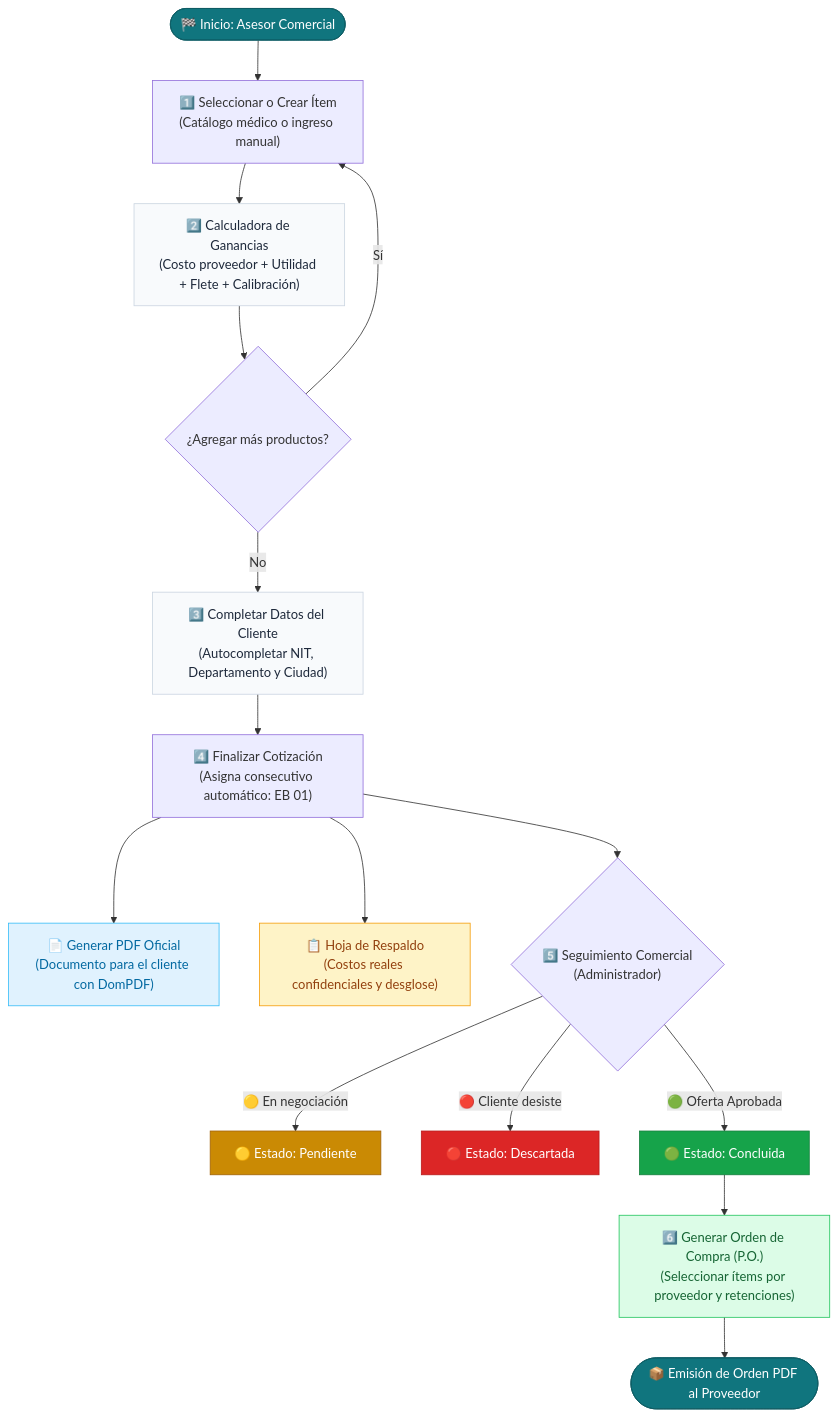
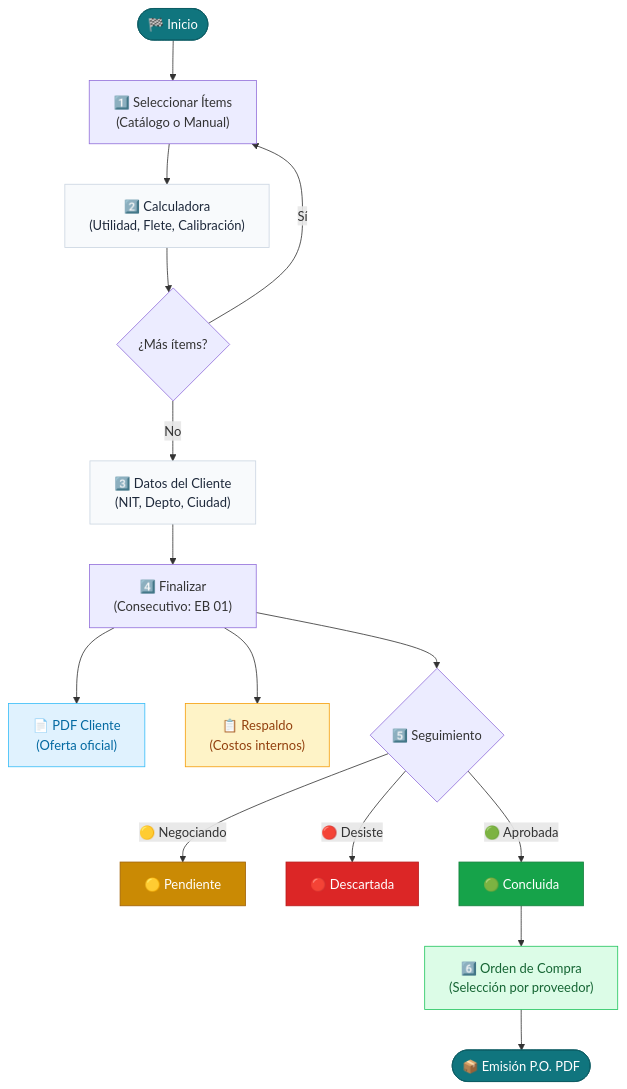
One commit to Santiago072/SistemaImpobiomedical changed the second of 2 diagrams in docs/documentacion-tecnica.md. Above: the diagram before and after it, drawn with Mermaid. The commit also changed other lines of this file and 1 other file, not shown here.

Commit message:
docs: simplificar diagrama de arquitectura a formato arbol y compactar texto en flujo comercial para visualizacion limpia

````diff
--- a/docs/documentacion-tecnica.md
+++ b/docs/documentacion-tecnica.md
@@ -344,30 +354,31 @@
 ```mermaid
 flowchart TD
-    Inicio(["🏁 Inicio: Asesor Comercial"]) --> Paso1["1️⃣ Seleccionar o Crear Ítem\n(Catálogo médico o ingreso manual)"]
-    Paso1 --> Paso2["2️⃣ Calculadora de Ganancias\n(Costo proveedor + Utilidad + Flete + Calibración)"]
-    Paso2 --> Paso3{"¿Agregar más productos?"}
+    Inicio(["🏁 Inicio"]) --> Paso1["1️⃣ Seleccionar Ítems<br/>(Catálogo o Manual)"]
+    Paso1 --> Paso2["2️⃣ Calculadora<br/>(Utilidad, Flete, Calibración)"]
+    Paso2 --> Paso3{"¿Más ítems?"}
     Paso3 -- Sí --> Paso1
-    Paso3 -- No --> Paso4["3️⃣ Completar Datos del Cliente\n(Autocompletar NIT, Departamento y Ciudad)"]
-    Paso4 --> Paso5["4️⃣ Finalizar Cotización\n(Asigna consecutivo automático: EB 01)"]
-    Paso5 --> Paso6["📄 Generar PDF Oficial\n(Documento para el cliente con DomPDF)"]
-    Paso5 --> Paso7["📋 Hoja de Respaldo\n(Costos reales confidenciales y desglose)"]
+    Paso3 -- No --> Paso4["3️⃣ Datos del Cliente<br/>(NIT, Depto, Ciudad)"]
+    Paso4 --> Paso5["4️⃣ Finalizar<br/>(Consecutivo: EB 01)"]
     
-    Paso5 --> Estado{"5️⃣ Seguimiento Comercial\n(Administrador)"}
-    Estado -- 🟡 En negociación --> Pendiente["🟡 Estado: Pendiente"]
-    Estado -- 🔴 Cliente desiste --> Descartada["🔴 Estado: Descartada"]
-    Estado -- 🟢 Oferta Aprobada --> Concluida["🟢 Estado: Concluida"]
+    Paso5 --> Paso6["📄 PDF Cliente<br/>(Oferta oficial)"]
+    Paso5 --> Paso7["📋 Respaldo<br/>(Costos internos)"]
+    Paso5 --> Estado{"5️⃣ Seguimiento"}
+    
+    Estado -- 🟡 Negociando --> Pendiente["🟡 Pendiente"]
+    Estado -- 🔴 Desiste --> Descartada["🔴 Descartada"]
+    Estado -- 🟢 Aprobada --> Concluida["🟢 Concluida"]
 
-    Concluida --> Orden["6️⃣ Generar Orden de Compra (P.O.)\n(Seleccionar ítems por proveedor y retenciones)"]
-    Orden --> Fin(["📦 Emisión de Orden PDF al Proveedor"])
+    Concluida --> Orden["6️⃣ Orden de Compra<br/>(Selección por proveedor)"]
+    Orden --> Fin(["📦 Emisión P.O. PDF"])
 
     style Inicio fill:#10757e,stroke:#0d5c63,color:#fff
     style Fin fill:#10757e,stroke:#0d5c63,color:#fff
     style Concluida fill:#16a34a,stroke:#15803d,color:#fff
     style Pendiente fill:#ca8a04,stroke:#a16207,color:#fff
     style Descartada fill:#dc2626,stroke:#b91c1c,color:#fff
     style Paso2 fill:#f8fafc,stroke:#cbd5e1,color:#1e293b
     style Paso4 fill:#f8fafc,stroke:#cbd5e1,color:#1e293b
     style Paso6 fill:#e0f2fe,stroke:#38bdf8,color:#0369a1
     style Paso7 fill:#fef3c7,stroke:#f59e0b,color:#92400e
     style Orden fill:#dcfce7,stroke:#22c55e,color:#166534
 ```
````
